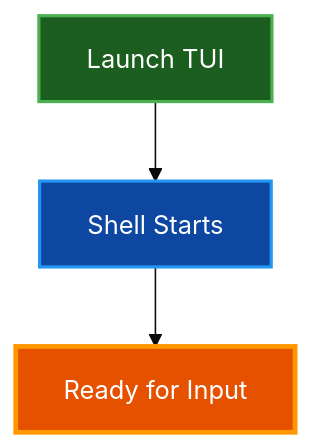
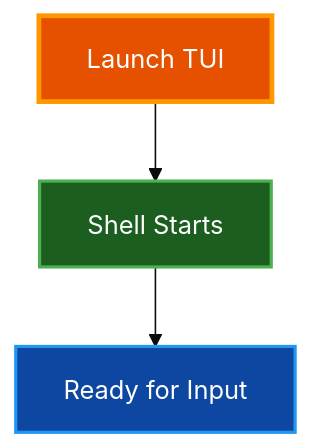
Before and after one commit to paulrobello/par-term-emu-tui-rust: the diagram in docs/QUICK_START.md, drawn with Mermaid (base theme). The commit also changed other lines of this file and 32 other files, not shown here.

````diff
--- a/docs/QUICK_START.md
+++ b/docs/QUICK_START.md
@@ -76,13 +76,13 @@
 ```mermaid
 graph TD
     Start[Launch TUI]
     Shell[Shell Starts]
     Ready[Ready for Input]
 
     Start --> Shell
     Shell --> Ready
 
-    style Start fill:#1b5e20,stroke:#4caf50,stroke-width:2px,color:#ffffff
-    style Shell fill:#0d47a1,stroke:#2196f3,stroke-width:2px,color:#ffffff
-    style Ready fill:#e65100,stroke:#ff9800,stroke-width:3px,color:#ffffff
+    style Start fill:#e65100,stroke:#ff9800,stroke-width:3px,color:#ffffff
+    style Shell fill:#1b5e20,stroke:#4caf50,stroke-width:2px,color:#ffffff
+    style Ready fill:#0d47a1,stroke:#2196f3,stroke-width:2px,color:#ffffff
 ```
````
